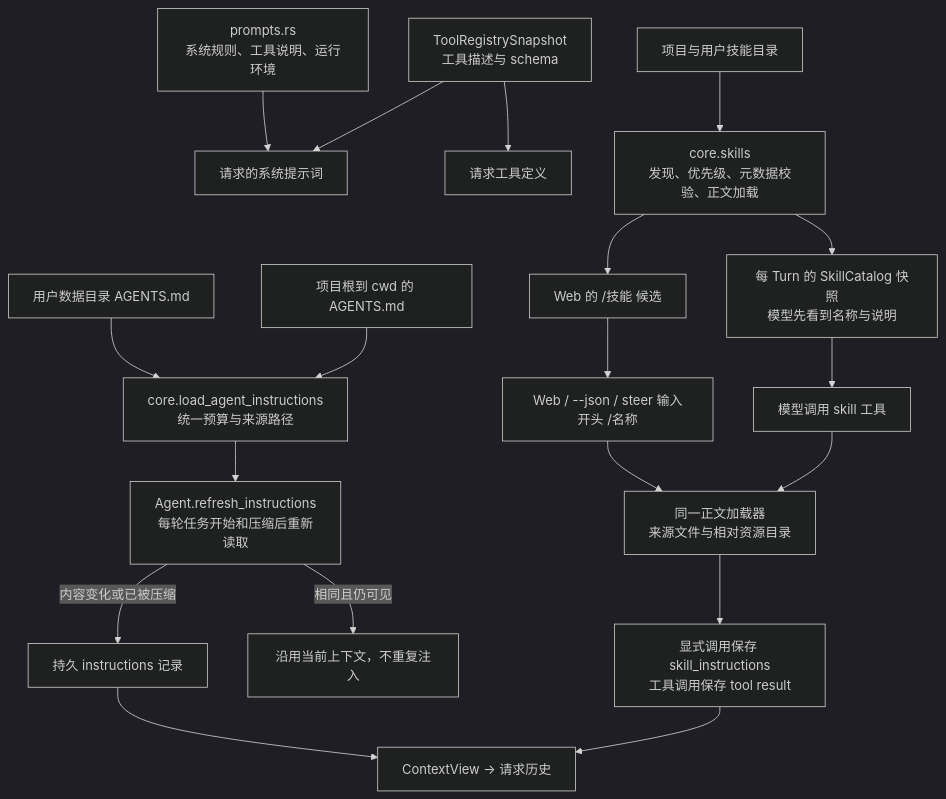
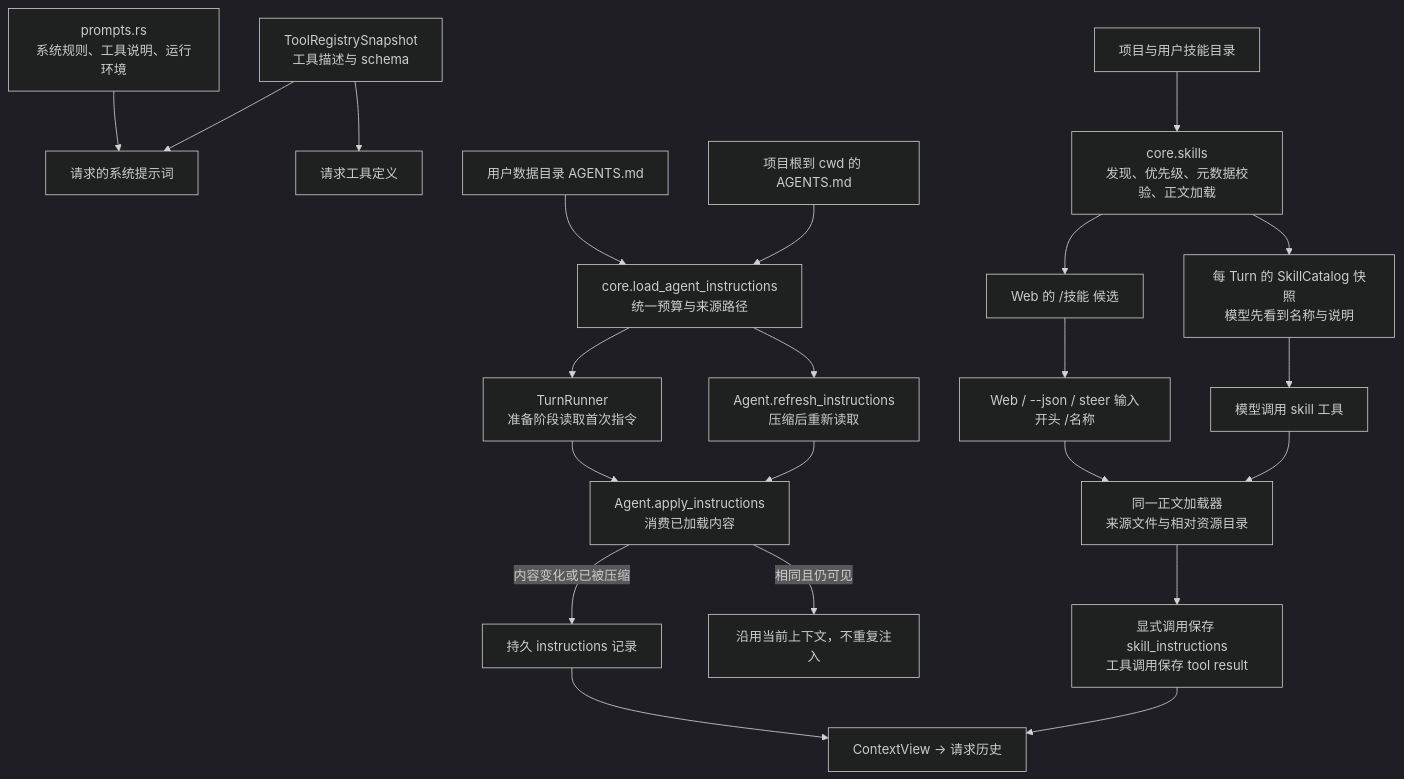
Diagram 21 of 29 in docs/singularity.md (qjcnmd/singularity-agent), drawn with Mermaid (dark theme) before and after one commit. The commit also changed other lines of this file and 44 other files, not shown here.

````diff
--- a/docs/singularity.md
+++ b/docs/singularity.md
@@ -557,21 +555,24 @@
 ```mermaid
 flowchart TB
     Prompt["prompts.rs<br/>系统规则、工具说明、运行环境"] --> System["请求的系统提示词"]
     Registry["ToolRegistrySnapshot<br/>工具描述与 schema"] --> System
     Registry --> Schemas["请求工具定义"]
     UserAgents["用户数据目录 AGENTS.md"] --> Loader["core.load_agent_instructions<br/>统一预算与来源路径"]
     ProjectAgents["项目根到 cwd 的 AGENTS.md"] --> Loader
-    Loader --> Refresh["Agent.refresh_instructions<br/>每轮任务开始和压缩后重新读取"]
+    Loader --> Prepared["TurnRunner<br/>准备阶段读取首次指令"]
+    Prepared --> Refresh["Agent.apply_instructions<br/>消费已加载内容"]
+    Loader --> Reload["Agent.refresh_instructions<br/>压缩后重新读取"]
+    Reload --> Refresh
     Refresh -->|"内容变化或已被压缩"| Instructions["持久 instructions 记录"]
     Refresh -->|"相同且仍可见"| Keep["沿用当前上下文，不重复注入"]
     SkillDirs["项目与用户技能目录"] --> Skills["core.skills<br/>发现、优先级、元数据校验、正文加载"]
     Skills --> Catalog["每 Turn 的 SkillCatalog 快照<br/>模型先看到名称与说明"]
     Catalog --> ModelSkill["模型调用 skill 工具"]
     Skills --> Candidates["Web 的 /技能 候选"]
     Candidates --> Manual["Web / --json / steer 输入开头 /名称"]
     Manual --> Load["同一正文加载器<br/>来源文件与相对资源目录"]
     ModelSkill --> Load
     Load --> SkillEntry["显式调用保存 skill_instructions<br/>工具调用保存 tool result"]
     Instructions --> Context["ContextView → 请求历史"]
     SkillEntry --> Context
 ```
````
